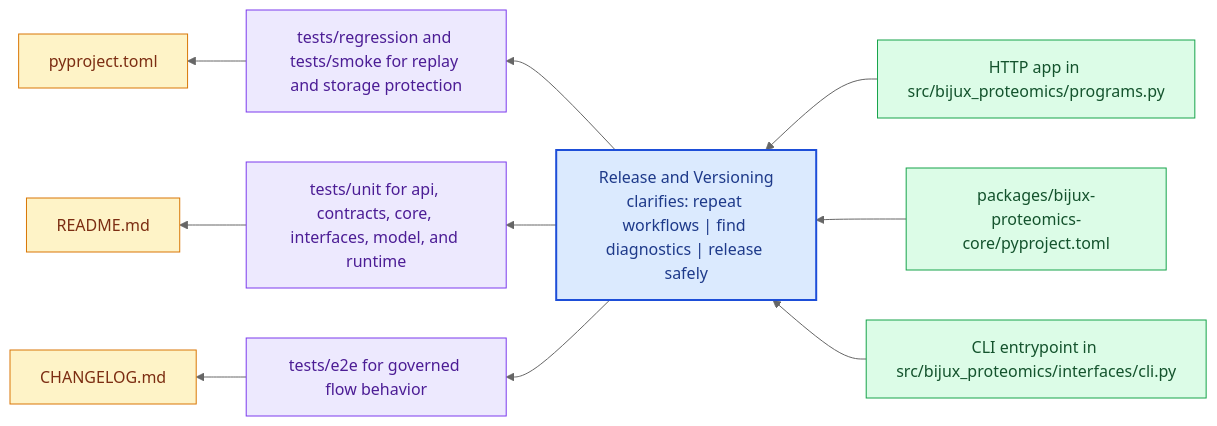
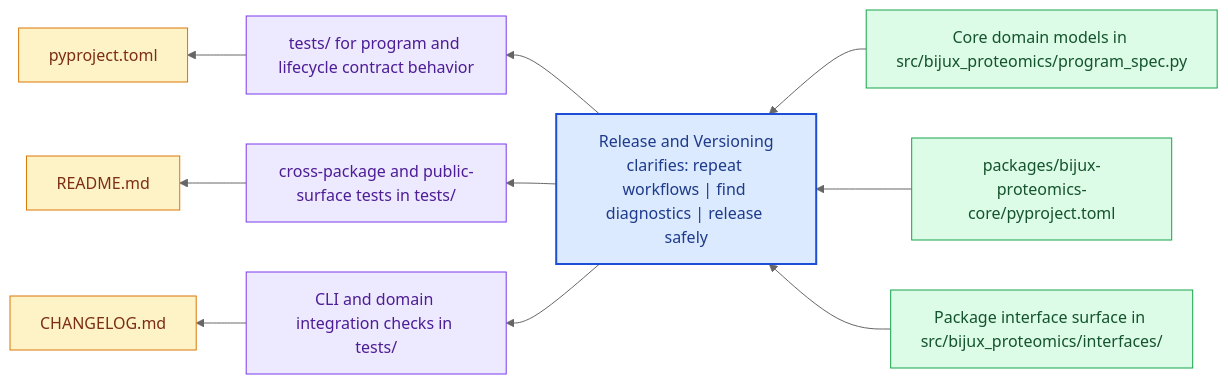
The diagram in docs/bijux-proteomics-core/operations/release-and-versioning.md (bijux/bijux-proteomics), drawn with Mermaid (neutral theme) before and after one commit. The commit also changed other lines of this file, not shown here.

Commit message:
docs(core): replace inaccurate release mechanics with real package anchors

````diff
--- a/docs/bijux-proteomics-core/operations/release-and-versioning.md
+++ b/docs/bijux-proteomics-core/operations/release-and-versioning.md
@@ -23,31 +23,31 @@
 ```mermaid
 flowchart RL
     page["Release and Versioning<br/>clarifies: repeat workflows | find diagnostics | release safely"]
     classDef page fill:#dbeafe,stroke:#1d4ed8,color:#1e3a8a,stroke-width:2px;
     classDef positive fill:#dcfce7,stroke:#16a34a,color:#14532d;
     classDef caution fill:#fee2e2,stroke:#dc2626,color:#7f1d1d;
     classDef anchor fill:#ede9fe,stroke:#7c3aed,color:#4c1d95;
     classDef action fill:#fef3c7,stroke:#d97706,color:#7c2d12;
-    step1["HTTP app in src/bijux_proteomics/programs.py"]
+    step1["Core domain models in src/bijux_proteomics/program_spec.py"]
     step1 --> page
     step2["packages/bijux-proteomics-core/pyproject.toml"]
     step2 --> page
-    step3["CLI entrypoint in src/bijux_proteomics/interfaces/cli.py"]
+    step3["Package interface surface in src/bijux_proteomics/interfaces/"]
     step3 --> page
-    run1["tests/regression and tests/smoke for replay and storage protection"]
+    run1["tests/ for program and lifecycle contract behavior"]
     page --> run1
-    run2["tests/unit for api, contracts, core, interfaces, model, and runtime"]
+    run2["cross-package and public-surface tests in tests/"]
     page --> run2
-    run3["tests/e2e for governed flow behavior"]
+    run3["CLI and domain integration checks in tests/"]
     page --> run3
     release1["pyproject.toml"]
     run1 --> release1
     release2["README.md"]
     run2 --> release2
     release3["CHANGELOG.md"]
     run3 --> release3
     class page page;
     class step1,step2,step3 positive;
     class run1,run2,run3 anchor;
     class release1,release2,release3 action;
 ```
````
